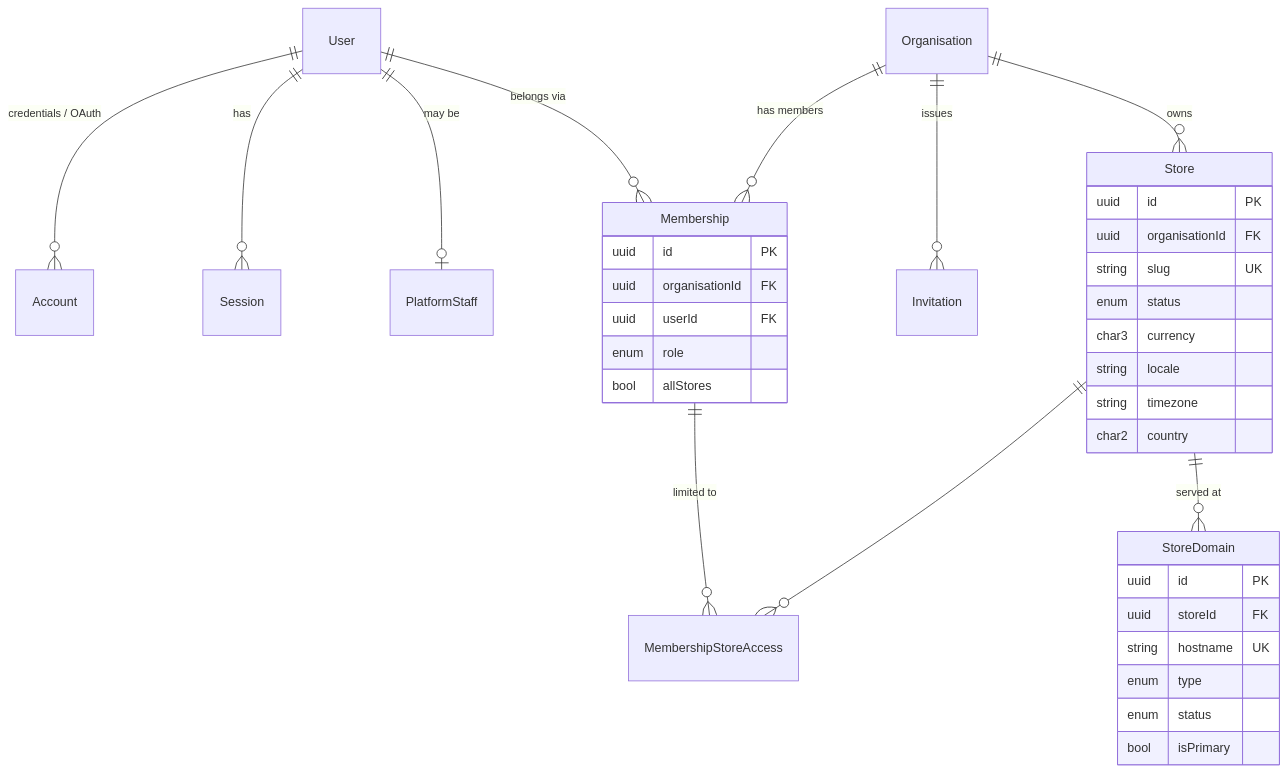
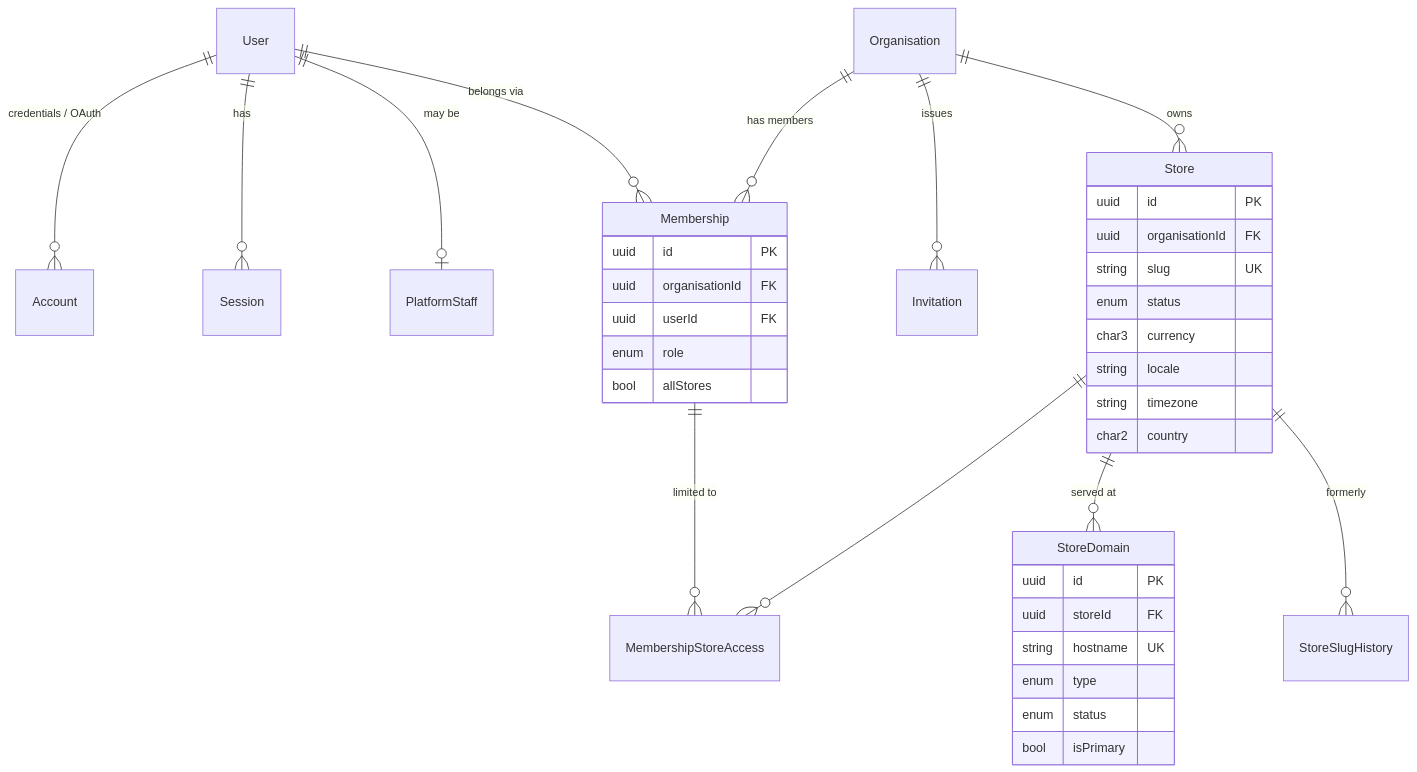
Before and after one commit to pixfortech/storevia: the first of 5 diagrams in docs/database/erd.md, drawn with Mermaid. The commit also changed other lines of this file and 5 other files, not shown here.

````diff
--- a/docs/database/erd.md
+++ b/docs/database/erd.md
@@ -75,39 +75,40 @@
 ```mermaid
 erDiagram
   User ||--o{ Account : "credentials / OAuth"
   User ||--o{ Session : "has"
   User ||--o| PlatformStaff : "may be"
   User ||--o{ Membership : "belongs via"
   Organisation ||--o{ Membership : "has members"
   Organisation ||--o{ Invitation : "issues"
   Organisation ||--o{ Store : "owns"
   Membership ||--o{ MembershipStoreAccess : "limited to"
   Store ||--o{ MembershipStoreAccess : ""
   Store ||--o{ StoreDomain : "served at"
+  Store ||--o{ StoreSlugHistory : "formerly"
 
   Membership {
     uuid id PK
     uuid organisationId FK
     uuid userId FK
     enum role
     bool allStores
   }
   Store {
     uuid id PK
     uuid organisationId FK
     string slug UK
     enum status
     char3 currency
     string locale
     string timezone
     char2 country
   }
   StoreDomain {
     uuid id PK
     uuid storeId FK
     string hostname UK
     enum type
     enum status
     bool isPrimary
   }
 ```
````
